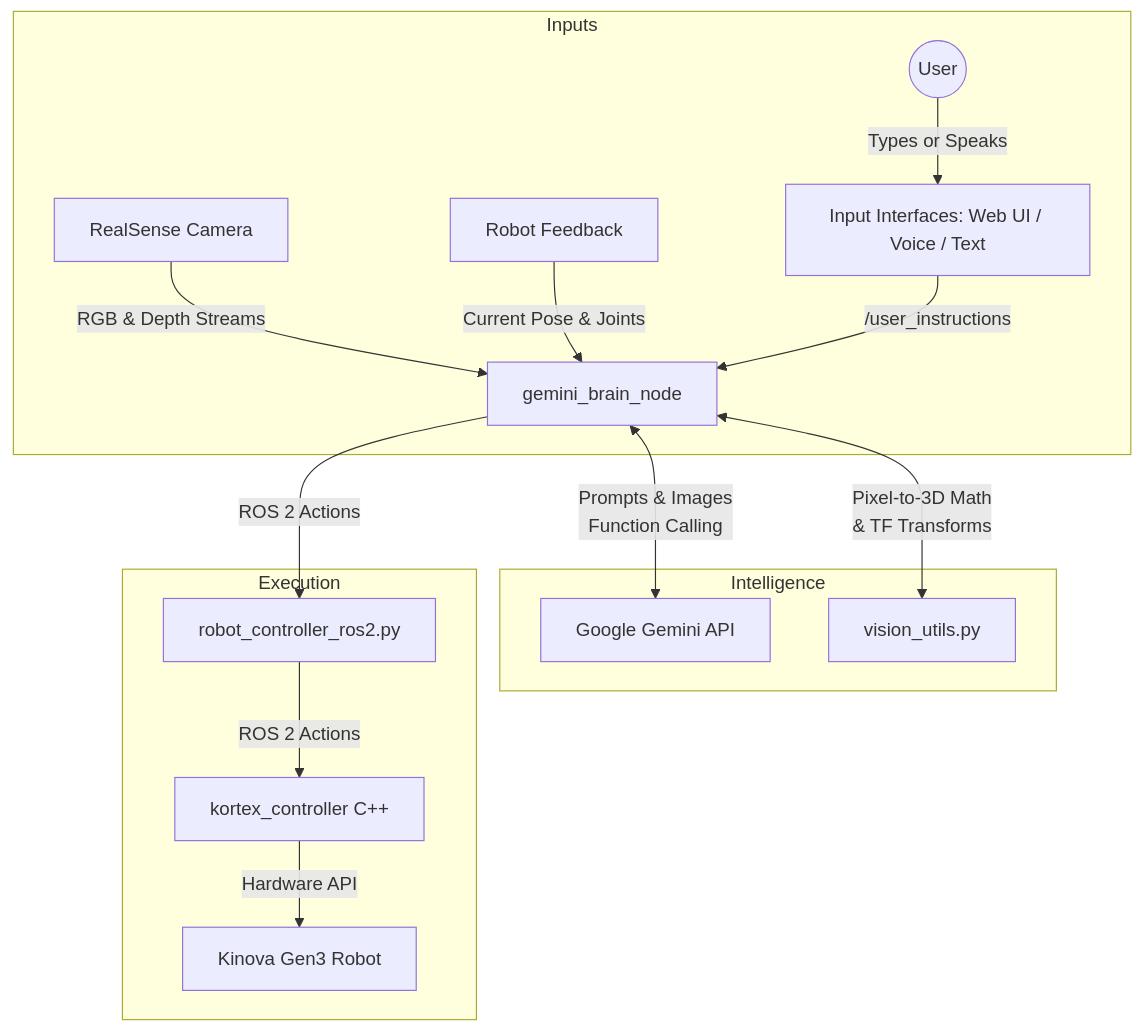
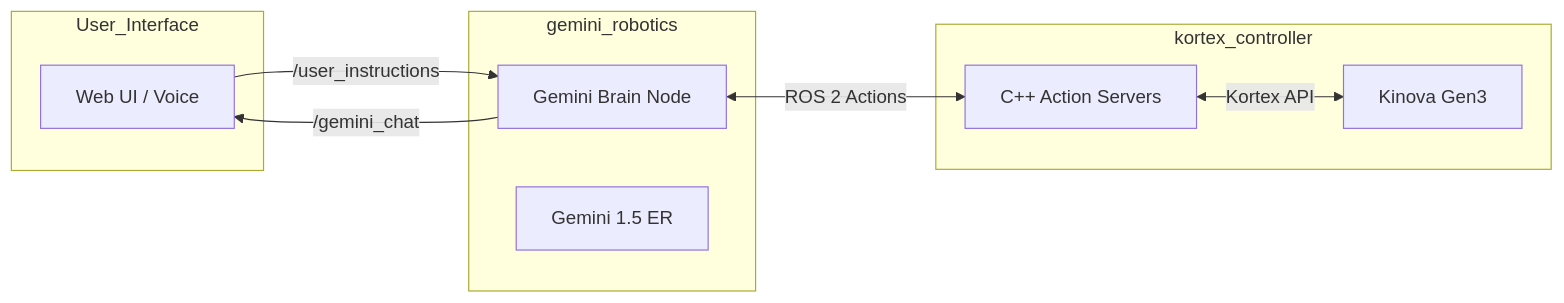
The first of 4 diagrams in system_architecture.md (jakmilller/kinova-gemini), drawn with Mermaid before and after one commit. The commit also changed other lines of this file and 17 other files, not shown here.

````diff
--- a/system_architecture.md
+++ b/system_architecture.md
@@ -36,20 +38,21 @@
 ```mermaid
-graph TD
-    subgraph Inputs
-        User((User)) -->|Types or Speaks| UI[Input Interfaces: Web UI / Voice / Text]
-        Camera[RealSense Camera] -->|RGB & Depth Streams| Brain[gemini_brain_node]
-        RobotState[Robot Feedback] -->|Current Pose & Joints| Brain
+graph LR
+    subgraph User_Interface
+        UI[Web UI / Voice]
     end
 
-    subgraph Intelligence
-        UI -->|/user_instructions| Brain
-        Brain <-->|Prompts & Images <br/> Function Calling| GeminiAPI[Google Gemini API]
-        Brain <-->|Pixel-to-3D Math <br/> & TF Transforms| Vision[vision_utils.py]
+    subgraph Intelligence [gemini_robotics]
+        Brain[Gemini Brain Node]
+        ER[Gemini 1.5 ER]
     end
 
-    subgraph Execution
-        Brain -->|ROS 2 Actions| Client[robot_controller_ros2.py]
-        Client -->|ROS 2 Actions| Kortex[kortex_controller C++]
-        Kortex -->|Hardware API| Robot[Kinova Gen3 Robot]
+    subgraph Hardware [kortex_controller]
+        Kortex[C++ Action Servers]
+        Robot[Kinova Gen3]
     end
+
+    UI -->|/user_instructions| Brain
+    Brain -->|/gemini_chat| UI
+    Brain <-->|ROS 2 Actions| Kortex
+    Kortex <-->|Kortex API| Robot
 ```
````
